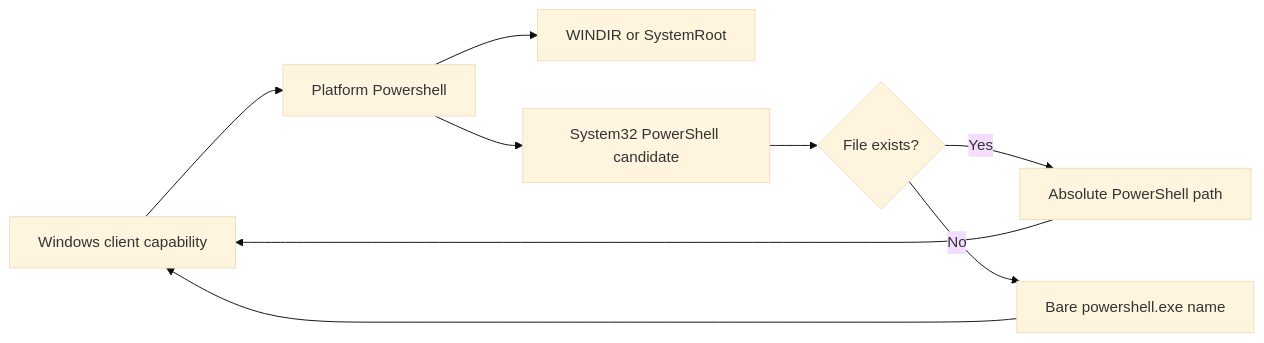
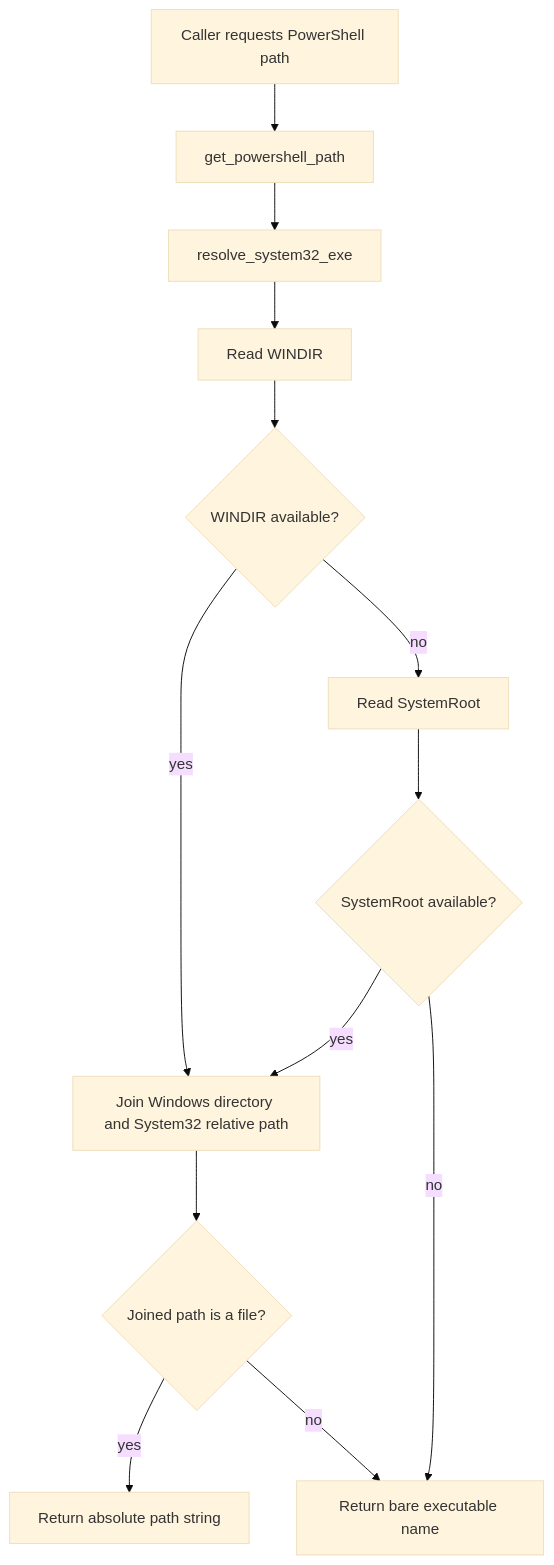
One commit to flamingo-stack/openframe-oss-tenant changed the second of 4 diagrams in docs/reference/architecture/openframe-client-core/platform-powershell/platform-powershell.md. Above: the diagram before and after it, drawn with Mermaid (base theme). The commit also changed other lines of this file and 2377 other files, not shown here.

````diff
--- a/docs/reference/architecture/openframe-client-core/platform-powershell/platform-powershell.md
+++ b/docs/reference/architecture/openframe-client-core/platform-powershell/platform-powershell.md
@@ -18,11 +45,15 @@
 ```mermaid
-flowchart LR
-    Caller["Windows client capability"] --> Resolver["Platform Powershell"]
-    Resolver --> Environment["WINDIR or SystemRoot"]
-    Resolver --> Candidate["System32 PowerShell candidate"]
-    Candidate --> Exists{"File exists?"}
-    Exists -->|"Yes"| Absolute["Absolute PowerShell path"]
-    Exists -->|"No"| Fallback["Bare powershell.exe name"]
-    Absolute --> Caller
-    Fallback --> Caller
+flowchart TD
+    Caller["Caller requests PowerShell path"] --> GetPath["get_powershell_path"]
+    GetPath --> Resolve["resolve_system32_exe"]
+    Resolve --> ReadWindir["Read WINDIR"]
+    ReadWindir --> HasWindir{"WINDIR available?"}
+    HasWindir -->|"yes"| JoinPath["Join Windows directory and System32 relative path"]
+    HasWindir -->|"no"| ReadRoot["Read SystemRoot"]
+    ReadRoot --> HasRoot{"SystemRoot available?"}
+    HasRoot -->|"yes"| JoinPath
+    HasRoot -->|"no"| Fallback["Return bare executable name"]
+    JoinPath --> FileExists{"Joined path is a file?"}
+    FileExists -->|"yes"| Absolute["Return absolute path string"]
+    FileExists -->|"no"| Fallback
 ```
````
